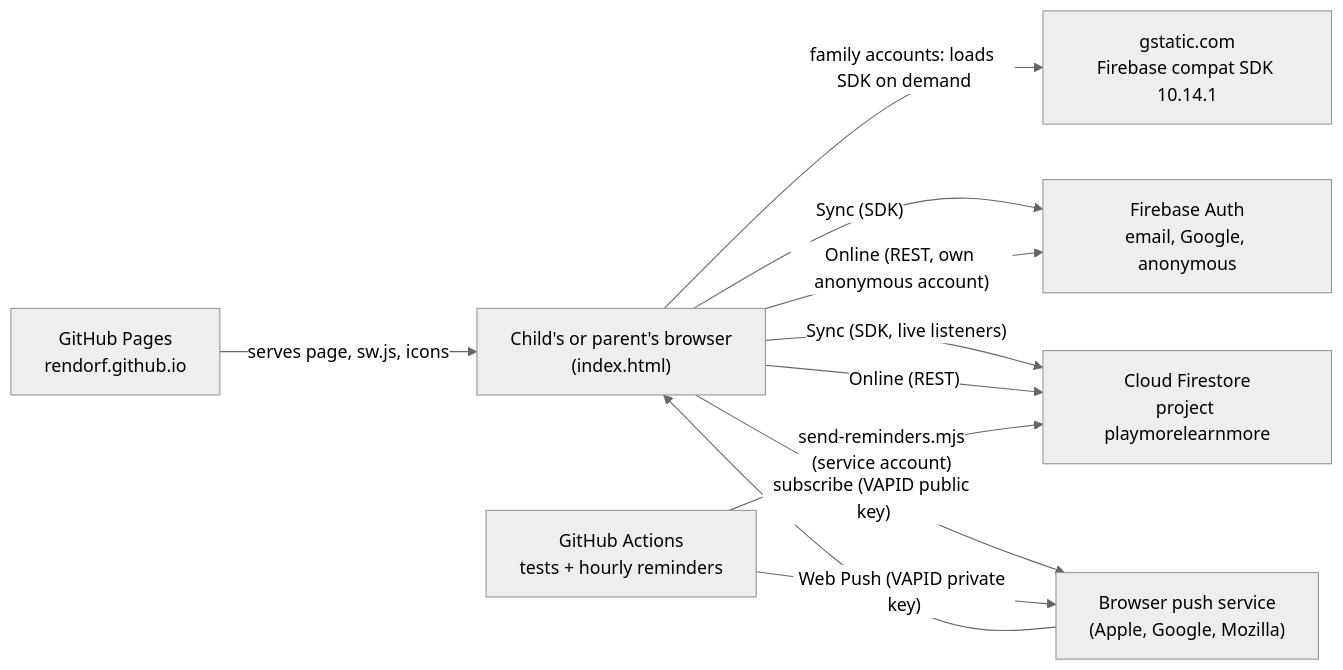
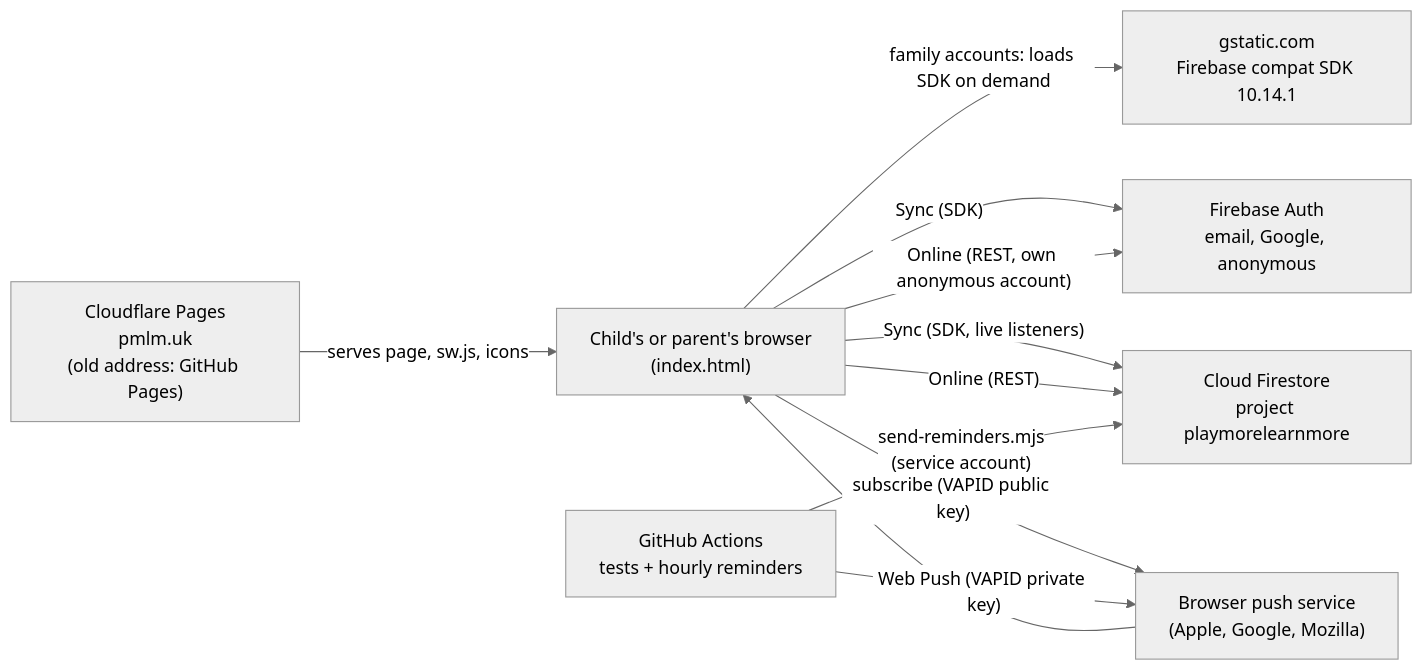
One commit to Rendorf/play-more-learn-more changed the third of 3 diagrams in docs/technology/architecture.md. Above: the diagram before and after it, drawn with Mermaid (neutral theme). The commit also changed other lines of this file and 17 other files, not shown here.

````diff
--- a/docs/technology/architecture.md
+++ b/docs/technology/architecture.md
@@ -93,21 +93,21 @@
 ```mermaid
 flowchart LR
   device["Child's or parent's browser<br>(index.html)"]
-  pages["GitHub Pages<br>rendorf.github.io"]
+  pages["Cloudflare Pages<br>pmlm.uk<br>(old address: GitHub Pages)"]
   gstatic["gstatic.com<br>Firebase compat SDK 10.14.1"]
   auth["Firebase Auth<br>email, Google, anonymous"]
   fs["Cloud Firestore<br>project playmorelearnmore"]
   push["Browser push service<br>(Apple, Google, Mozilla)"]
   gha["GitHub Actions<br>tests + hourly reminders"]
 
   pages -- "serves page, sw.js, icons" --> device
   device -- "family accounts: loads SDK on demand" --> gstatic
   device -- "Sync (SDK)" --> auth
   device -- "Sync (SDK, live listeners)" --> fs
   device -- "Online (REST, own anonymous account)" --> auth
   device -- "Online (REST)" --> fs
   device -- "subscribe (VAPID public key)" --> push
   gha -- "send-reminders.mjs<br>(service account)" --> fs
   gha -- "Web Push (VAPID private key)" --> push
   push --> device
 ```
````
